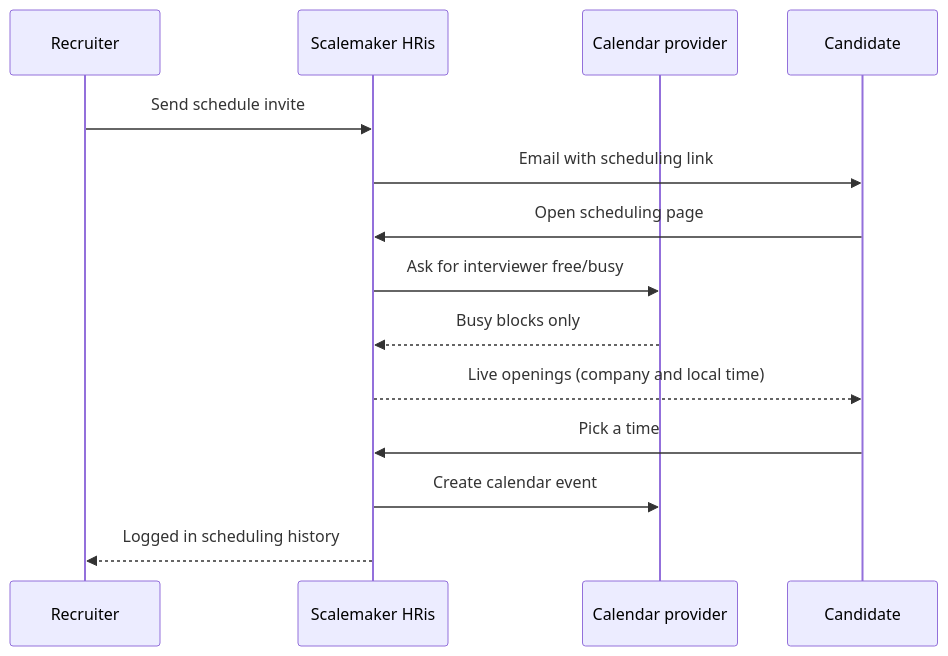
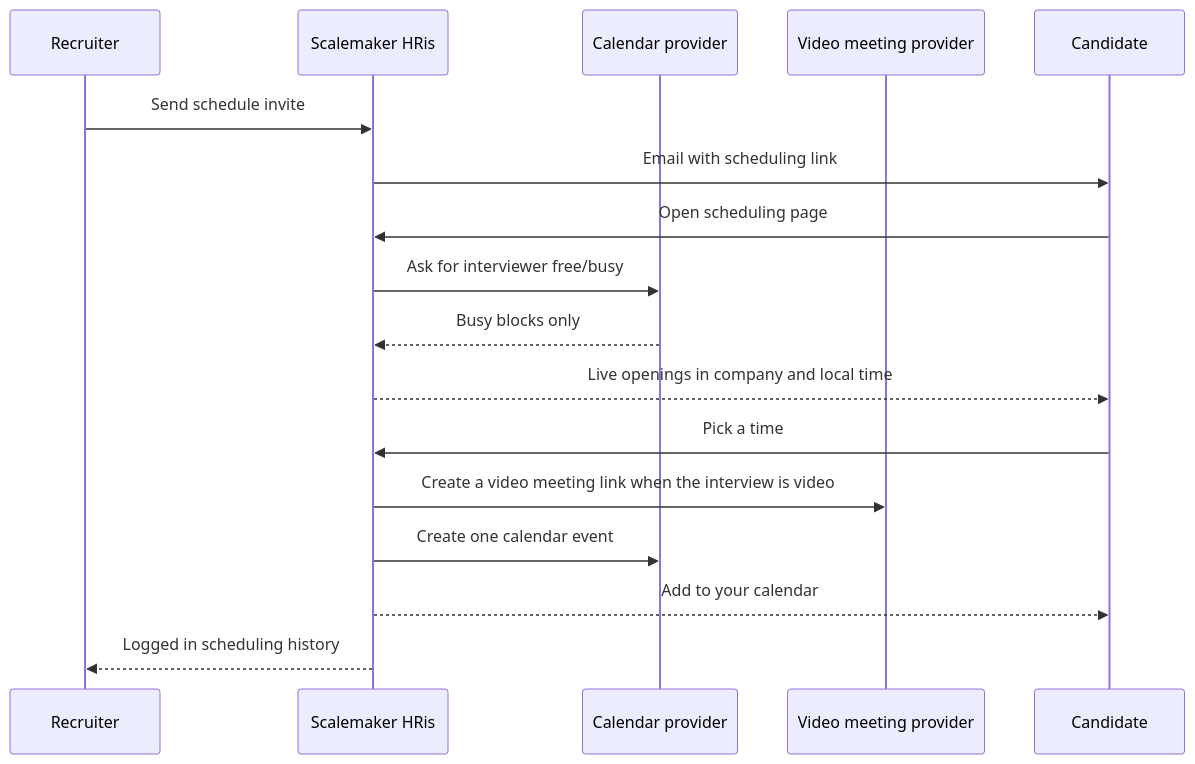
The sixth of 8 diagrams in README.md (staceykay67/scalemaker-hris-showcase), drawn with Mermaid before and after one commit. The commit also changed other lines of this file, not shown here.

````diff
--- a/README.md
+++ b/README.md
@@ -237,16 +346,19 @@
 ```mermaid
 sequenceDiagram
     participant R as Recruiter
     participant S as Scalemaker HRis
     participant C as Calendar provider
+    participant V as Video meeting provider
     participant K as Candidate
     R->>S: Send schedule invite
     S->>K: Email with scheduling link
     K->>S: Open scheduling page
     S->>C: Ask for interviewer free/busy
     C-->>S: Busy blocks only
-    S-->>K: Live openings (company and local time)
+    S-->>K: Live openings in company and local time
     K->>S: Pick a time
-    S->>C: Create calendar event
+    S->>V: Create a video meeting link when the interview is video
+    S->>C: Create one calendar event
+    S-->>K: Add to your calendar
     S-->>R: Logged in scheduling history
 ```
````
